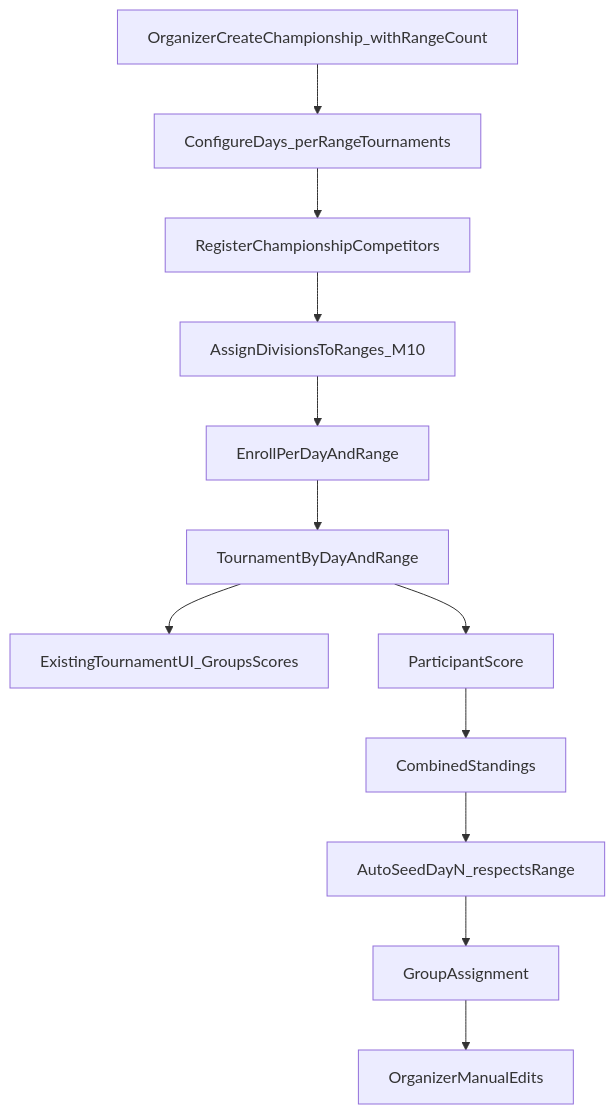
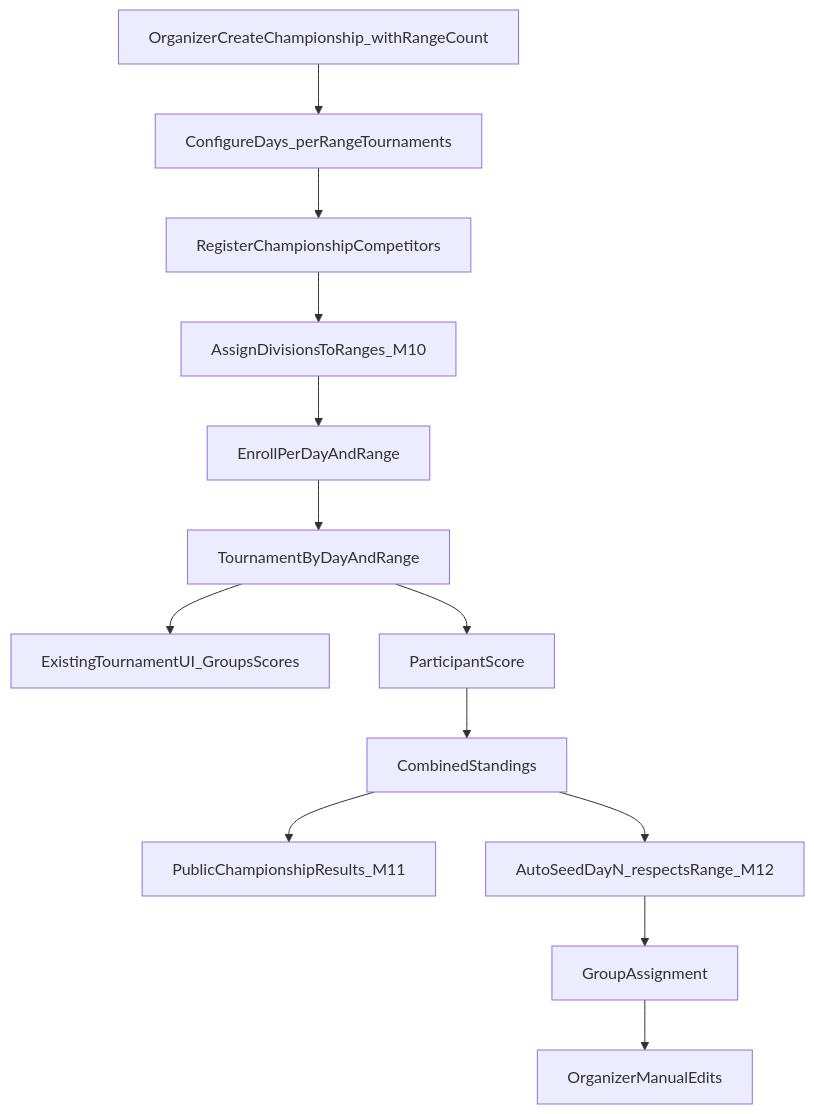
One commit to piotrberlowski/arc-comp changed the diagram in docs/architecture/ADR-0001-championships-multi-day.md. Above: the diagram before and after it, drawn with Mermaid. The commit also changed other lines of this file, not shown here.

````diff
--- a/docs/architecture/ADR-0001-championships-multi-day.md
+++ b/docs/architecture/ADR-0001-championships-multi-day.md
@@ -333,15 +333,16 @@
 ```mermaid
 flowchart TD
   create[OrganizerCreateChampionship_withRangeCount]
   create --> days[ConfigureDays_perRangeTournaments]
   days --> roster[RegisterChampionshipCompetitors]
   roster --> matrix[AssignDivisionsToRanges_M10]
   matrix --> enroll[EnrollPerDayAndRange]
   enroll --> dayTournament[TournamentByDayAndRange]
   dayTournament --> tournamentUI[ExistingTournamentUI_GroupsScores]
   dayTournament --> dayScores[ParticipantScore]
   dayScores --> combinedStandings[CombinedStandings]
-  combinedStandings --> seedDayN[AutoSeedDayN_respectsRange]
+  combinedStandings --> publicResults[PublicChampionshipResults_M11]
+  combinedStandings --> seedDayN[AutoSeedDayN_respectsRange_M12]
   seedDayN --> dayGroups[GroupAssignment]
   dayGroups --> manualEdits[OrganizerManualEdits]
 ```
````
